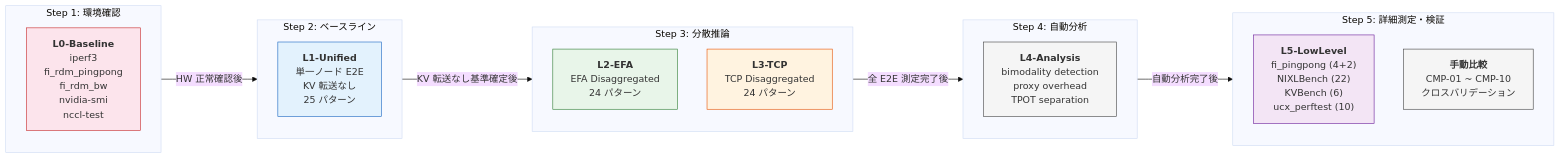
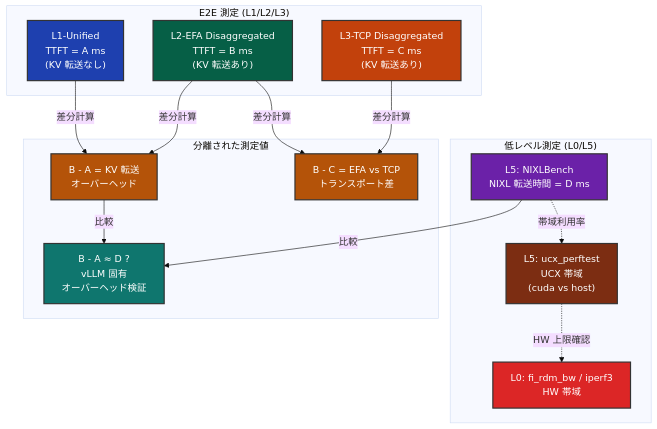
The seventh of 15 diagrams in articles/3dd524130320d3.md (littlemex/zenn), drawn with Mermaid (base theme) before and after one commit. The commit also changed other lines of this file, not shown here.

````diff
--- a/articles/3dd524130320d3.md
+++ b/articles/3dd524130320d3.md
@@ -318,37 +327,41 @@
 ```mermaid
-flowchart LR
-    subgraph STEP1["Step 1: 環境確認"]
-        L0["<b>L0-Baseline</b><br/>iperf3<br/>fi_rdm_pingpong<br/>fi_rdm_bw<br/>nvidia-smi<br/>nccl-test"]
+graph TB
+    subgraph E2E["E2E 測定 (L1/L2/L3)"]
+        L1["L1-Unified<br/>TTFT = A ms<br/>(KV 転送なし)"]
+        L2["L2-EFA Disaggregated<br/>TTFT = B ms<br/>(KV 転送あり)"]
+        L3["L3-TCP Disaggregated<br/>TTFT = C ms<br/>(KV 転送あり)"]
     end
 
-    subgraph STEP2["Step 2: ベースライン"]
-        L1["<b>L1-Unified</b><br/>単一ノード E2E<br/>KV 転送なし<br/>25 パターン"]
+    subgraph LowLevel["低レベル測定 (L0/L5)"]
+        L5_NIXL["L5: NIXLBench<br/>NIXL 転送時間 = D ms"]
+        L5_UCX["L5: ucx_perftest<br/>UCX 帯域<br/>(cuda vs host)"]
+        L0_HW["L0: fi_rdm_bw / iperf3<br/>HW 帯域"]
     end
 
-    subgraph STEP3["Step 3: 分散推論"]
-        L2["<b>L2-EFA</b><br/>EFA Disaggregated<br/>24 パターン"]
-        L3["<b>L3-TCP</b><br/>TCP Disaggregated<br/>24 パターン"]
+    subgraph Analysis["分離された測定値"]
+        DIFF1["B - A = KV 転送<br/>オーバーヘッド"]
+        DIFF2["B - C = EFA vs TCP<br/>トランスポート差"]
+        VERIFY["B - A ≈ D ?<br/>vLLM 固有<br/>オーバーヘッド検証"]
     end
 
-    subgraph STEP4["Step 4: 自動分析"]
-        L4["<b>L4-Analysis</b><br/>bimodality detection<br/>proxy overhead<br/>TPOT separation"]
-    end
+    L2 -->|"差分計算"| DIFF1
+    L1 -->|"差分計算"| DIFF1
+    L2 -->|"差分計算"| DIFF2
+    L3 -->|"差分計算"| DIFF2
 
-    subgraph STEP5["Step 5: 詳細測定・検証"]
-        L5["<b>L5-LowLevel</b><br/>fi_pingpong (4+2)<br/>NIXLBench (22)<br/>KVBench (6)<br/>ucx_perftest (10)"]
-        CMP["<b>手動比較</b><br/>CMP-01 ~ CMP-10<br/>クロスバリデーション"]
-    end
+    DIFF1 -->|"比較"| VERIFY
+    L5_NIXL -->|"比較"| VERIFY
 
-    STEP1 -->|"HW 正常確認後"| STEP2
-    STEP2 -->|"KV 転送なし基準確定後"| STEP3
-    STEP3 -->|"全 E2E 測定完了後"| STEP4
-    STEP4 -->|"自動分析完了後"| STEP5
+    L5_NIXL -.->|"帯域利用率"| L5_UCX
+    L5_UCX -.->|"HW 上限確認"| L0_HW
 
-    style L0 fill: #fce4ec,stroke: #c62828
-    style L1 fill: #e3f2fd,stroke: #1565c0
-    style L2 fill: #e8f5e9,stroke: #2e7d32
-    style L3 fill: #fff3e0,stroke: #e65100
-    style L4 fill: #f5f5f5,stroke: #424242
-    style L5 fill: #f3e5f5,stroke: #6a1b9a
-    style CMP fill: #f5f5f5,stroke: #424242
+    style L1 fill: #1e40af,stroke: #333,stroke-width:2px,color: #fff
+    style L2 fill: #065f46,stroke: #333,stroke-width:2px,color: #fff
+    style L3 fill: #c2410c,stroke: #333,stroke-width:2px,color: #fff
+    style L5_NIXL fill: #6b21a8,stroke: #333,stroke-width:2px,color: #fff
+    style L5_UCX fill: #7c2d12,stroke: #333,stroke-width:2px,color: #fff
+    style L0_HW fill: #dc2626,stroke: #333,stroke-width:2px,color: #fff
+    style DIFF1 fill: #b45309,stroke: #333,stroke-width:2px,color: #fff
+    style DIFF2 fill: #b45309,stroke: #333,stroke-width:2px,color: #fff
+    style VERIFY fill: #0f766e,stroke: #333,stroke-width:2px,color: #fff
 ```
````
